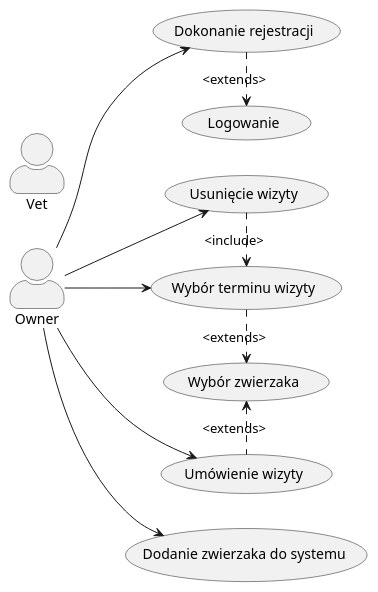
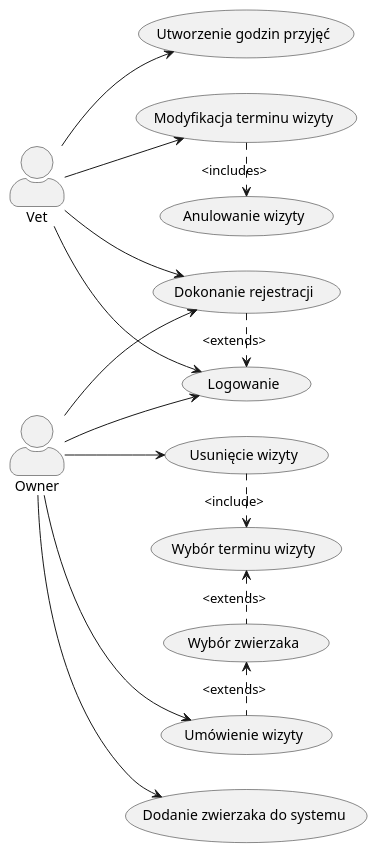
Before and after one commit to Serionus/softwareEngineeringPetClinic: the diagram in petclinic_usecase.plantuml, drawn with PlantUML. The commit also changed 1 other file, not shown here.

Commit message:
Usecase diagram probably finished, fixing errors in both diagrams after office hours' tips

```diff
--- a/petclinic_usecase.plantuml
+++ b/petclinic_usecase.plantuml
@@ -1,29 +1,27 @@
 @startuml PetClinic UseCase
 
 skinparam actorStyle awesome
 
-
 left to right direction
 
+
+:Vet: --> (Utworzenie godzin przyjęć)
+:Vet: --> (Dokonanie rejestracji)
+:Vet: --> (Modyfikacja terminu wizyty)
+:Vet: --> (Logowanie)
 ' owner - usecases
 :Owner: --> (Dodanie zwierzaka do systemu)
 :Owner: --> (Umówienie wizyty)
-:Owner: --> (Wybór terminu wizyty)
+' :Owner: --> (Wybór terminu wizyty)
 :Owner: --> (Usunięcie wizyty)
 :Owner: --> (Dokonanie rejestracji)
+:Owner: --> (Logowanie)
+
 (Dokonanie rejestracji) -> (Logowanie) #line.dashed : <extends>
 
-(Wybór terminu wizyty) -> (Wybór zwierzaka) #line.dashed : <extends>
+(Wybór terminu wizyty) <- (Wybór zwierzaka) #line.dashed : <extends>
 (Usunięcie wizyty) -> (Wybór terminu wizyty) #line.dashed : <include>
 (Wybór zwierzaka) <- (Umówienie wizyty) #line.dashed : <extends>
-
-' vet - usecases
-
-:Vet:
-' (Another usecase) as (UC2)
-' usecase UC3
-' usecase (Last\nusecase) as UC4
-
-
+(Modyfikacja terminu wizyty) -> (Anulowanie wizyty) #line.dashed : <includes>
 
 @enduml
```
